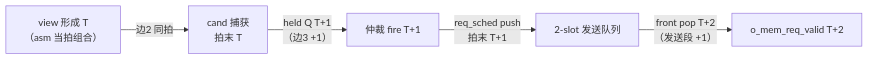
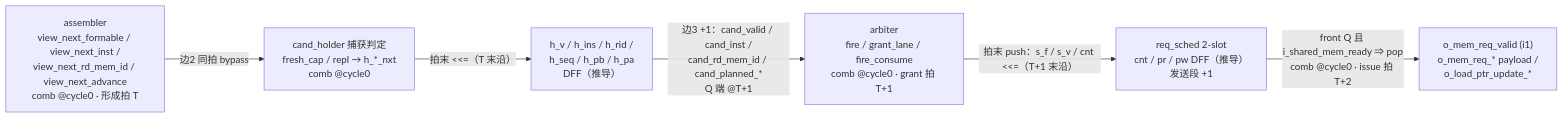
One commit to SilinYe2001/pyCircuit_0316 changed the fourth of 4 diagrams in designs/LFSM/pycircuit/report/CycleAware_Pipeline对齐图解_cand_holder实例.md. Above: the diagram before and after it, drawn with Mermaid. The commit also changed other lines of this file, not shown here.

Commit message:
docs(LFSM): redraw cand_holder alignment figures as hardware schematics (signal names + widths)

````diff
--- a/designs/LFSM/pycircuit/report/CycleAware_Pipeline对齐图解_cand_holder实例.md
+++ b/designs/LFSM/pycircuit/report/CycleAware_Pipeline对齐图解_cand_holder实例.md
@@ -233,7 +280,8 @@
 ```mermaid
 flowchart LR
-    TOK["view 形成 T<br/>（asm 当拍组合）"] -->|"边2 同拍"| CAP["cand 捕获<br/>拍末 T"]
-    CAP -->|"held Q T+1<br/>（边3 +1）"| FIRE["仲裁 fire T+1"]
-    FIRE -->|"req_sched push<br/>拍末 T+1"| RQP["2-slot 发送队列"]
-    RQP -->|"front pop T+2<br/>（发送段 +1）"| MEM["o_mem_req_valid T+2"]
+    VN["assembler<br/>view_next_formable / view_next_inst /<br/>view_next_rd_mem_id / view_next_advance<br/>comb @cycle0 · 形成拍 T"] -->|"边2 同拍 bypass"| CHD["cand_holder 捕获判定<br/>fresh_cap / repl → h_*_nxt<br/>comb @cycle0"]
+    CHD -->|"拍末 <<=（T 末沿）"| HQ["h_v / h_ins / h_rid /<br/>h_seq / h_pb / h_pa<br/>DFF（推导）"]
+    HQ -->|"边3 +1：cand_valid / cand_inst /<br/>cand_rd_mem_id / cand_planned_*<br/>Q 端 @T+1"| ARB["arbiter<br/>fire / grant_lane / fire_consume<br/>comb @cycle0 · grant 拍 T+1"]
+    ARB -->|"拍末 push：s_f / s_v / cnt <<=（T+1 末沿）"| RQP["req_sched 2-slot<br/>cnt / pr / pw DFF（推导）<br/>发送段 +1"]
+    RQP -->|"front Q 且 i_shared_mem_ready ⇒ pop<br/>comb @cycle0 · issue 拍 T+2"| MEM["o_mem_req_valid (i1)<br/>o_mem_req_* payload /<br/>o_load_ptr_update_*"]
 ```
````
